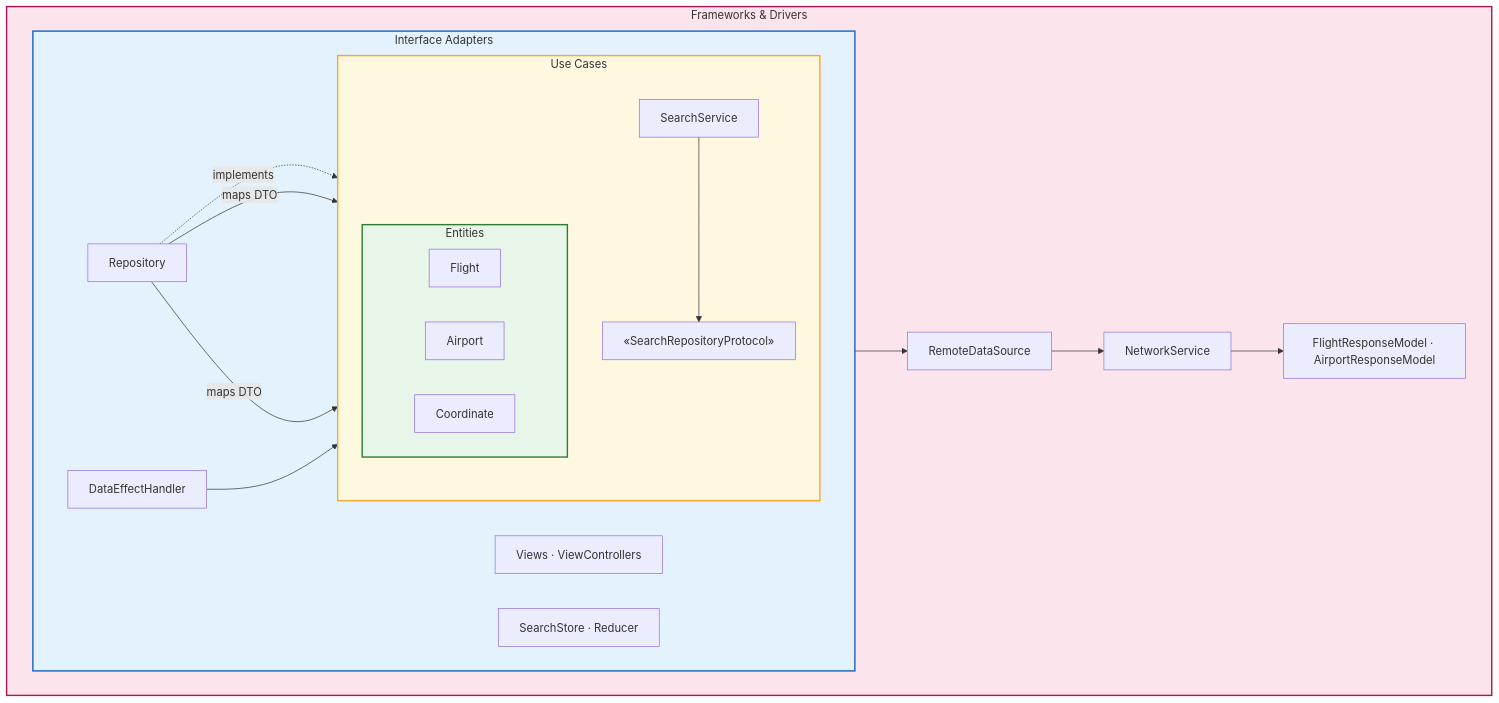
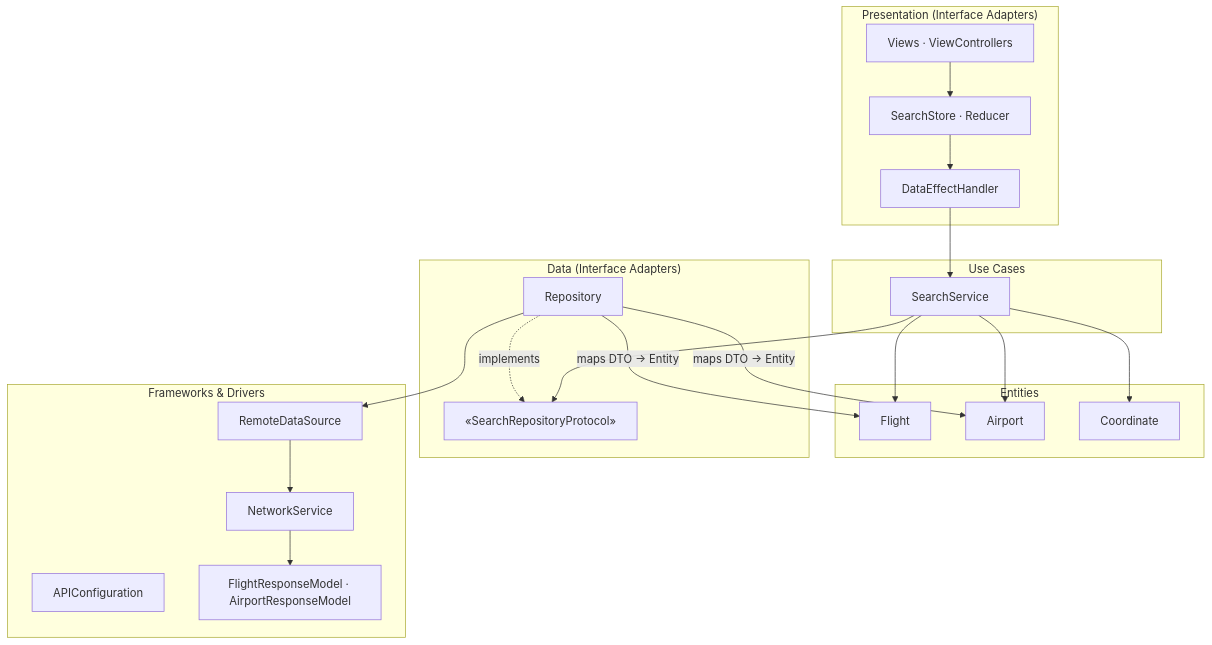
The first of 2 diagrams in README.md (IvanPuzanov/FlightApp), drawn with Mermaid before and after one commit. The commit also changed other lines of this file and 10 other files, not shown here.

````diff
--- a/README.md
+++ b/README.md
@@ -32,44 +32,44 @@
 ```mermaid
 flowchart TB
-    subgraph L4["Frameworks & Drivers"]
-        direction LR
+    subgraph presentation ["Presentation (Interface Adapters)"]
+        Views["Views · ViewControllers"]
+        Store["SearchStore · Reducer"]
+        Handler["DataEffectHandler"]
+    end
+
+    subgraph application ["Use Cases"]
+        Service["SearchService"]
+    end
+
+    subgraph domain ["Entities"]
+        Flight["Flight"]
+        Airport["Airport"]
+        Coordinate["Coordinate"]
+    end
+
+    subgraph data ["Data (Interface Adapters)"]
+        RepoProto["«SearchRepositoryProtocol»"]
+        Repo["Repository"]
+    end
+
+    subgraph infrastructure ["Frameworks & Drivers"]
         Remote["RemoteDataSource"]
         Network["NetworkService"]
+        APIConfig["APIConfiguration"]
         DTO["FlightResponseModel · AirportResponseModel"]
-
-        subgraph L3["Interface Adapters"]
-            direction LR
-            Repo["Repository"]
-            Views["Views · ViewControllers"]
-            Store["SearchStore · Reducer"]
-            Handler["DataEffectHandler"]
-
-            subgraph L2["Use Cases"]
-                direction TB
-                Service["SearchService"]
-                RepoProto["«SearchRepositoryProtocol»"]
-
-                subgraph L1["Entities"]
-                    direction LR
-                    Flight["Flight"]
-                    Airport["Airport"]
-                    Coordinate["Coordinate"]
-                end
-            end
-        end
     end
 
+    Views --> Store
+    Store --> Handler
+    Handler --> Service
+    Service --> RepoProto
+    Repo -.implements.-> RepoProto
+    Repo --> Remote
     Remote --> Network
     Network --> DTO
-    Repo --> Remote
-    Repo -.implements.-> RepoProto
-    Handler --> Service
-    Service --> RepoProto
-    Repo -->|maps DTO| Flight
-    Repo -->|maps DTO| Airport
-
-    style L1 fill:#e8f5e9,stroke:#2e7d32,stroke-width:2px
-    style L2 fill:#fff8e1,stroke:#f9a825,stroke-width:2px
-    style L3 fill:#e3f2fd,stroke:#1565c0,stroke-width:2px
-    style L4 fill:#fce4ec,stroke:#ad1457,stroke-width:2px
+    Repo -->|maps DTO → Entity| Flight
+    Repo -->|maps DTO → Entity| Airport
+    Service --> Flight
+    Service --> Airport
+    Service --> Coordinate
 ```
````
